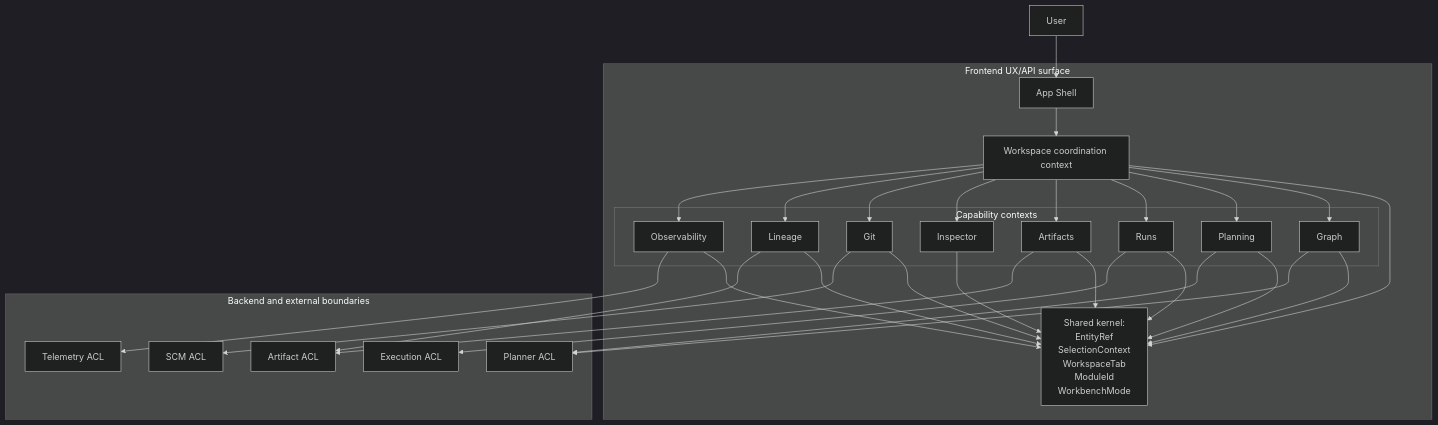
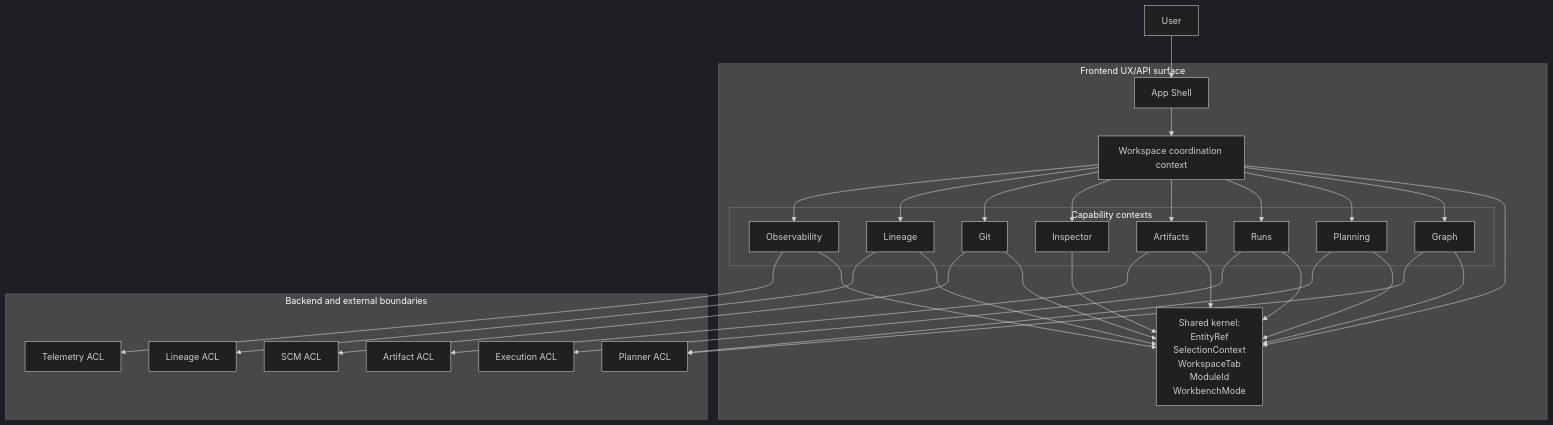
The first of 4 diagrams in docs/architecture/frontend/frontend-ddd-target-architecture.md (dunay2/dvt), drawn with Mermaid (dark theme) before and after one commit. The commit also changed other lines of this file and 5 other files, not shown here.

````diff
--- a/docs/architecture/frontend/frontend-ddd-target-architecture.md
+++ b/docs/architecture/frontend/frontend-ddd-target-architecture.md
@@ -109,64 +110,65 @@
 ```mermaid
 flowchart TB
     User[User]
 
     subgraph Frontend["Frontend UX/API surface"]
         Shell[App Shell]
         Workspace[Workspace coordination context]
 
         subgraph Capabilities["Capability contexts"]
             Graph[Graph]
             Planning[Planning]
             Runs[Runs]
             Artifacts[Artifacts]
             Inspector[Inspector]
             Git[Git]
             Lineage[Lineage]
             Observability[Observability]
         end
 
         Kernel[Shared kernel:
 EntityRef
 SelectionContext
 WorkspaceTab
 ModuleId
 WorkbenchMode]
 
         Shell --> Workspace
         Workspace --> Kernel
         Graph --> Kernel
         Planning --> Kernel
         Runs --> Kernel
         Artifacts --> Kernel
         Inspector --> Kernel
         Git --> Kernel
         Lineage --> Kernel
         Observability --> Kernel
 
         Workspace --> Graph
         Workspace --> Planning
         Workspace --> Runs
         Workspace --> Artifacts
         Workspace --> Inspector
         Workspace --> Git
         Workspace --> Lineage
         Workspace --> Observability
     end
 
     subgraph Backend["Backend and external boundaries"]
         PlannerACL[Planner ACL]
         ExecutionACL[Execution ACL]
         ArtifactACL[Artifact ACL]
         ScmACL[SCM ACL]
+        LineageACL[Lineage ACL]
         TelemetryACL[Telemetry ACL]
     end
 
     User --> Shell
     Planning --> PlannerACL
     Runs --> ExecutionACL
     Artifacts --> ArtifactACL
     Git --> ScmACL
+    Lineage --> LineageACL
     Observability --> TelemetryACL
     Graph --> PlannerACL
-    Lineage --> ArtifactACL
 ```
````
